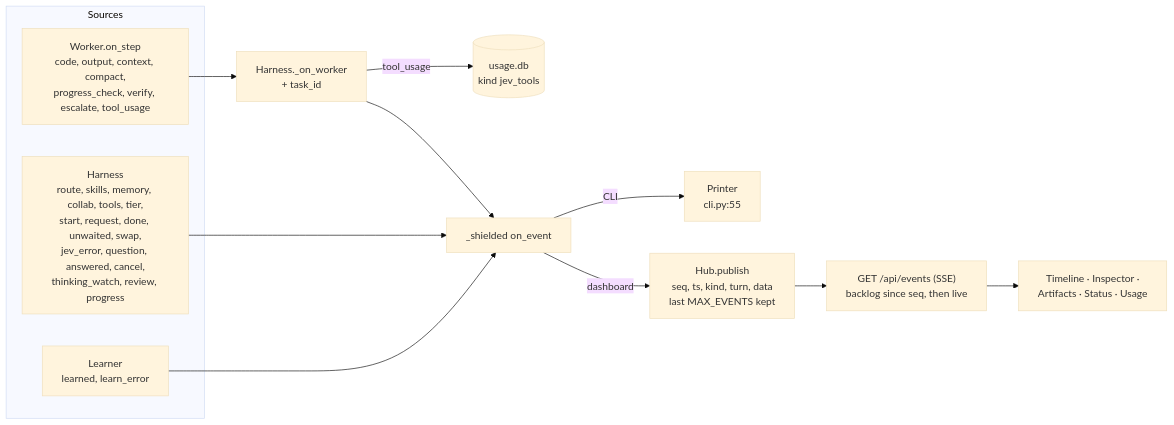
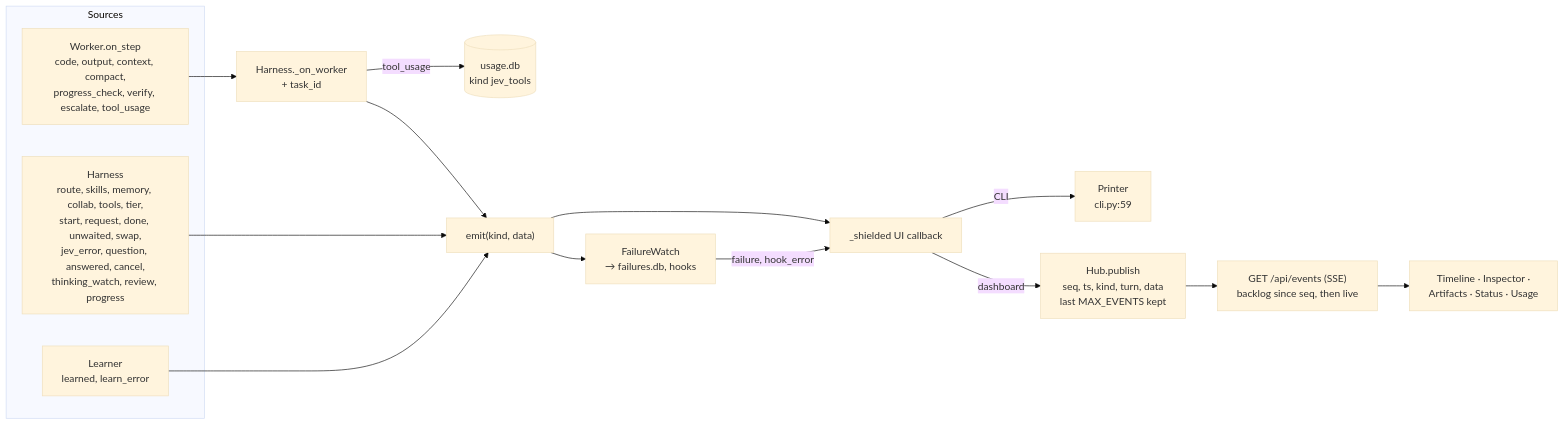
Before and after one commit to slumpsod/jev-harness: the first of 3 diagrams in docs/architecture/10-observability.md, drawn with Mermaid (base theme). The commit also changed other lines of this file and 13 other files, not shown here.

First line of the commit message:
Architecture docs: catch up with main (failure log, session review, refinement)

````diff
--- a/docs/architecture/10-observability.md
+++ b/docs/architecture/10-observability.md
@@ -10,17 +11,20 @@
 ```mermaid
 flowchart LR
   subgraph Sources
     H["Harness<br/>route, skills, memory, collab, tools, tier,<br/>start, request, done, unwaited, swap,<br/>jev_error, question, answered, cancel,<br/>thinking_watch, review, progress"]
     W["Worker.on_step<br/>code, output, context, compact,<br/>progress_check, verify, escalate, tool_usage"]
     L["Learner<br/>learned, learn_error"]
   end
   W --> OW["Harness._on_worker<br/>+ task_id"]
   OW -- "tool_usage" --> U[("usage.db<br/>kind jev_tools")]
-  OW --> SH["_shielded on_event"]
-  H --> SH
-  L --> SH
-  SH -- "CLI" --> PR["Printer<br/>cli.py:55"]
+  OW --> EM["emit(kind, data)"]
+  H --> EM
+  L --> EM
+  EM --> SH["_shielded UI callback"]
+  EM --> FW["FailureWatch<br/>→ failures.db, hooks"]
+  FW -- "failure, hook_error" --> SH
+  SH -- "CLI" --> PR["Printer<br/>cli.py:59"]
   SH -- "dashboard" --> HUB["Hub.publish<br/>seq, ts, kind, turn, data<br/>last MAX_EVENTS kept"]
   HUB --> SSE["GET /api/events (SSE)<br/>backlog since seq, then live"]
   SSE --> UI["Timeline · Inspector ·<br/>Artifacts · Status · Usage"]
 ```
````
